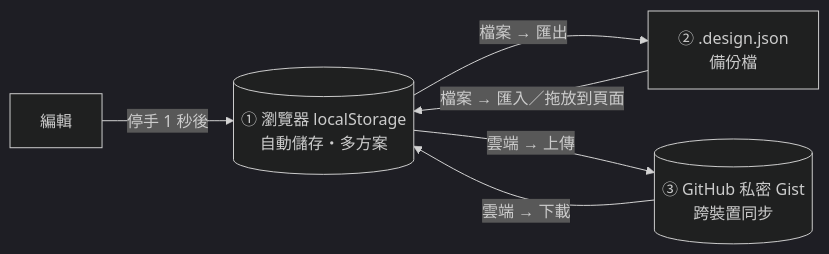
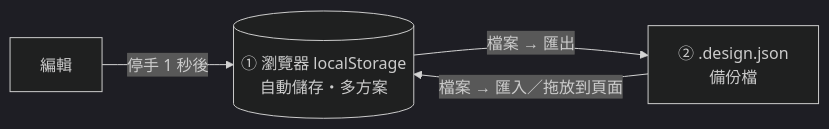
Before and after one commit to silly-yang/floorplan-3d: the first of 2 diagrams in README.md, drawn with Mermaid (dark theme). The commit also changed other lines of this file and 30 other files, not shown here.

````diff
--- a/README.md
+++ b/README.md
@@ -49,8 +54,6 @@
 ```mermaid
 flowchart LR
     EDIT["編輯"] -->|"停手 1 秒後"| LS[("① 瀏覽器 localStorage<br/>自動儲存・多方案")]
     LS -->|"檔案 → 匯出"| FILE["② .design.json<br/>備份檔"]
     FILE -->|"檔案 → 匯入／拖放到頁面"| LS
-    LS -->|"雲端 → 上傳"| GIST[("③ GitHub 私密 Gist<br/>跨裝置同步")]
-    GIST -->|"雲端 → 下載"| LS
 ```
````
